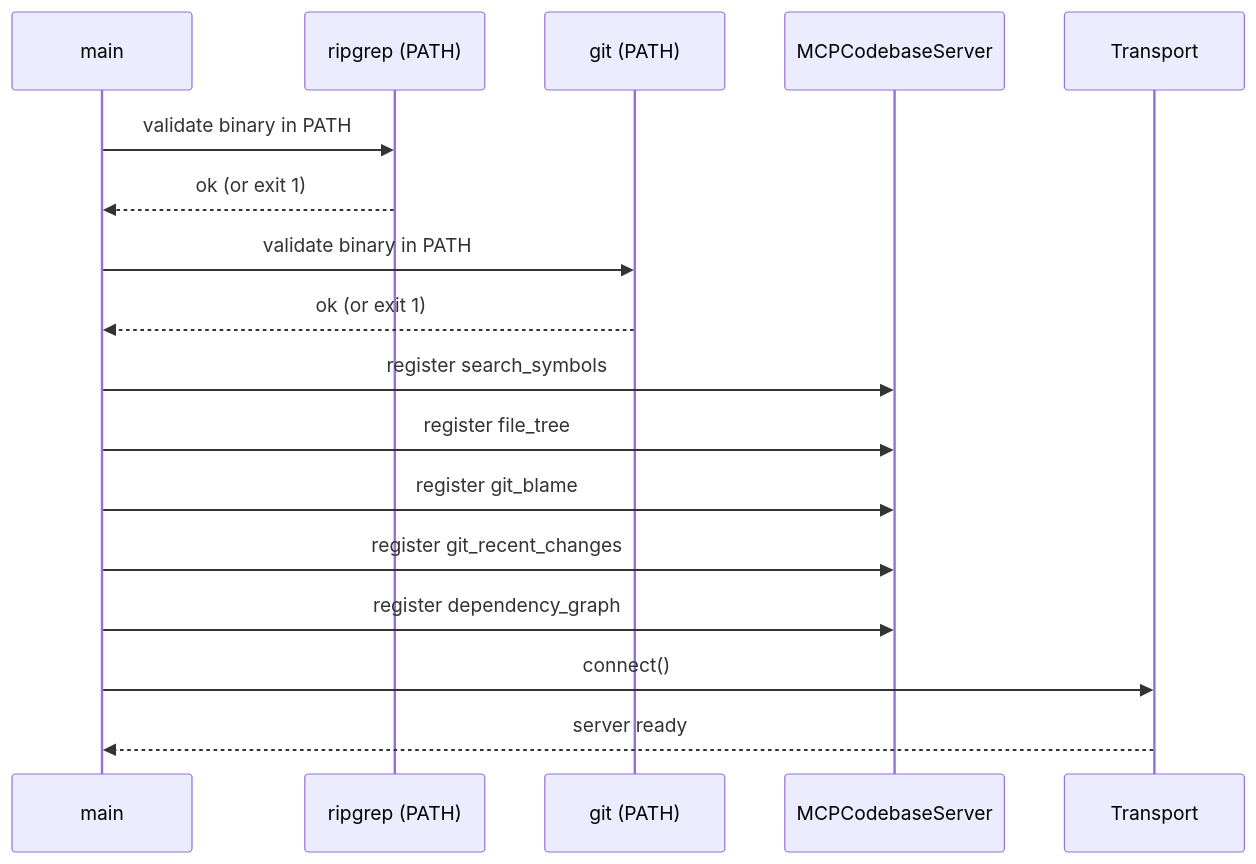
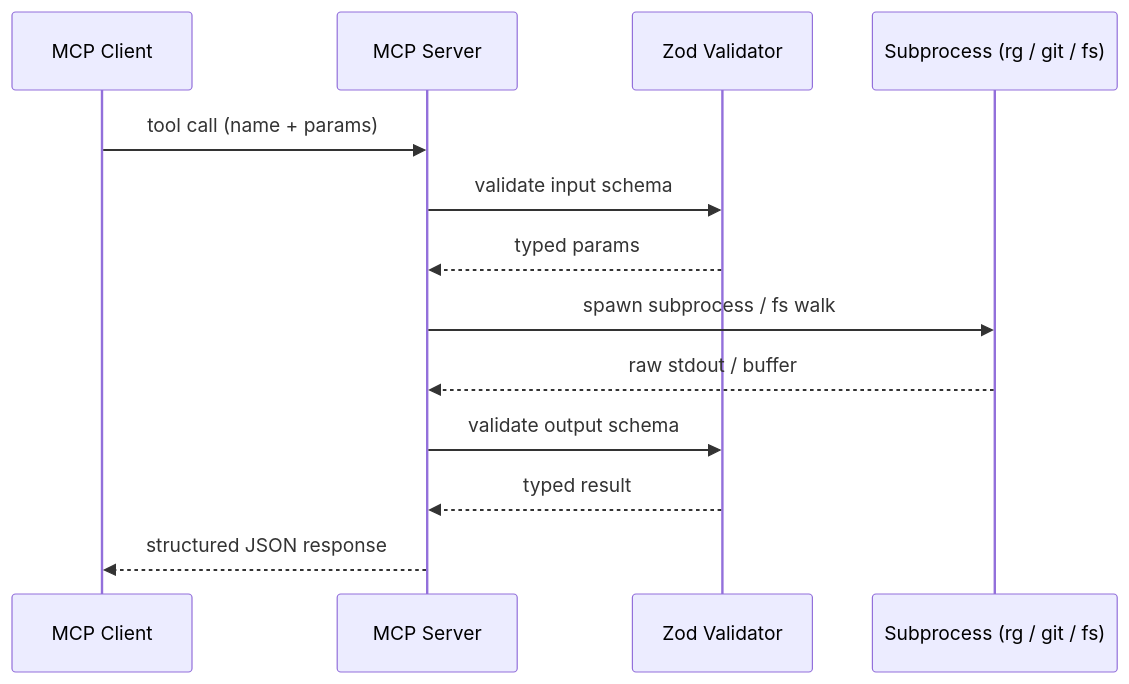
Before and after one commit to Hauckjf/mcp-codebase-context: the second of 2 diagrams in README.md, drawn with Mermaid. The commit also changed other lines of this file, not shown here.

Commit message:
docs(readme): add architecture diagrams with subprocess chain and tool call round-trip

````diff
--- a/README.md
+++ b/README.md
@@ -89,20 +73,16 @@
 ```mermaid
 sequenceDiagram
-    participant main
-    participant rg as ripgrep (PATH)
-    participant git as git (PATH)
-    participant srv as MCPCodebaseServer
-    participant tr as Transport
+    participant client as MCP Client
+    participant server as MCP Server
+    participant zod as Zod Validator
+    participant proc as Subprocess (rg / git / fs)
 
-    main->>rg: validate binary in PATH
-    rg-->>main: ok (or exit 1)
-    main->>git: validate binary in PATH
-    git-->>main: ok (or exit 1)
-    main->>srv: register search_symbols
-    main->>srv: register file_tree
-    main->>srv: register git_blame
-    main->>srv: register git_recent_changes
-    main->>srv: register dependency_graph
-    main->>tr: connect()
-    tr-->>main: server ready
+    client->>server: tool call (name + params)
+    server->>zod: validate input schema
+    zod-->>server: typed params
+    server->>proc: spawn subprocess / fs walk
+    proc-->>server: raw stdout / buffer
+    server->>zod: validate output schema
+    zod-->>server: typed result
+    server-->>client: structured JSON response
 ```
````
